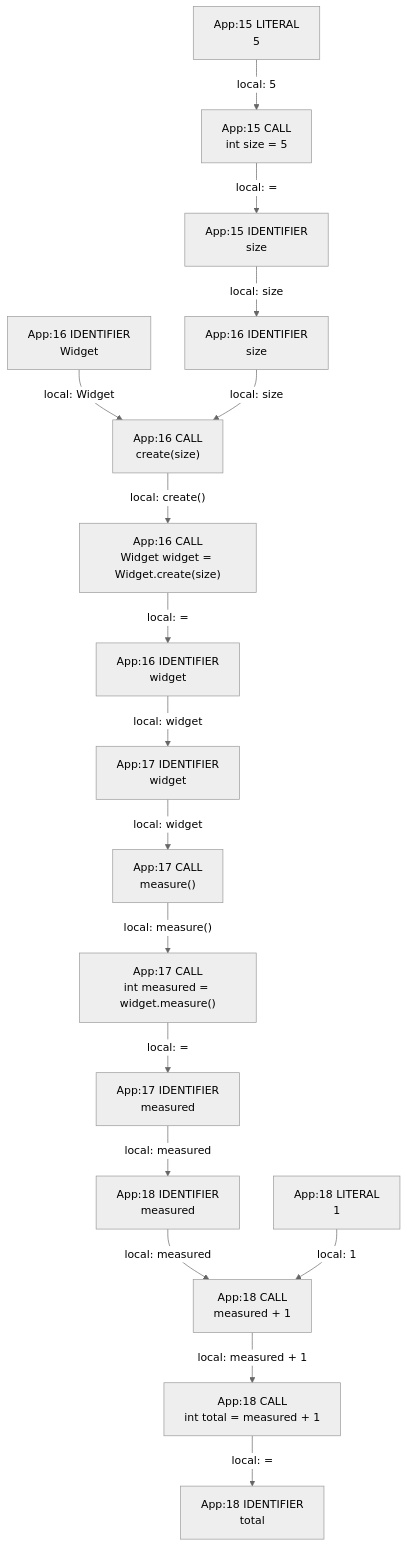
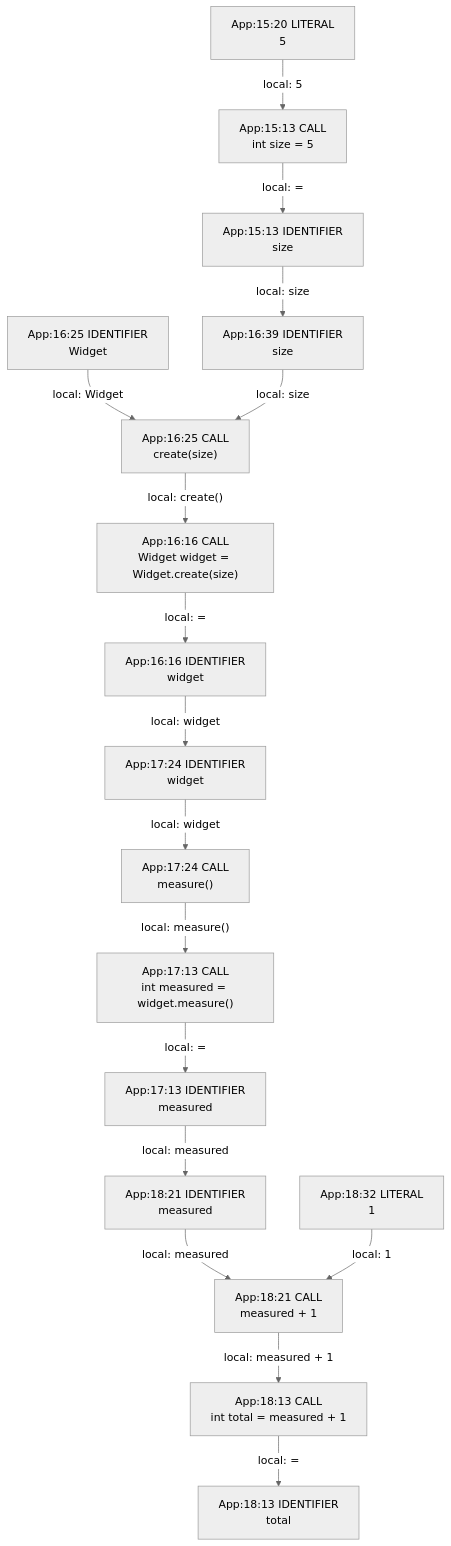
The diagram in app/src/test/resources/unresolvedType/spike-truth.md (gstiebler/codeflow), drawn with Mermaid (neutral theme) before and after one commit. The commit also changed 154 other files, not shown here.

````diff
--- a/app/src/test/resources/unresolvedType/spike-truth.md
+++ b/app/src/test/resources/unresolvedType/spike-truth.md
@@ -3,36 +3,36 @@
 ```mermaid
 flowchart TD
-  n0["App:15 CALL<br/>int size = 5"]
-  n1["App:15 IDENTIFIER<br/>size"]
-  n2["App:15 LITERAL<br/>5"]
-  n3["App:16 CALL<br/>Widget widget = Widget.create(size)"]
-  n4["App:16 CALL<br/>create(size)"]
-  n5["App:16 IDENTIFIER<br/>Widget"]
-  n6["App:16 IDENTIFIER<br/>size"]
-  n7["App:16 IDENTIFIER<br/>widget"]
-  n8["App:17 CALL<br/>int measured = widget.measure()"]
-  n9["App:17 CALL<br/>measure()"]
-  n10["App:17 IDENTIFIER<br/>measured"]
-  n11["App:17 IDENTIFIER<br/>widget"]
-  n12["App:18 CALL<br/>int total = measured + 1"]
-  n13["App:18 CALL<br/>measured + 1"]
-  n14["App:18 IDENTIFIER<br/>measured"]
-  n15["App:18 IDENTIFIER<br/>total"]
-  n16["App:18 LITERAL<br/>1"]
+  n0["App:15:13 CALL<br/>int size = 5"]
+  n1["App:15:13 IDENTIFIER<br/>size"]
+  n2["App:15:20 LITERAL<br/>5"]
+  n3["App:16:16 CALL<br/>Widget widget = Widget.create(size)"]
+  n4["App:16:16 IDENTIFIER<br/>widget"]
+  n5["App:16:25 CALL<br/>create(size)"]
+  n6["App:16:25 IDENTIFIER<br/>Widget"]
+  n7["App:16:39 IDENTIFIER<br/>size"]
+  n8["App:17:13 CALL<br/>int measured = widget.measure()"]
+  n9["App:17:13 IDENTIFIER<br/>measured"]
+  n10["App:17:24 CALL<br/>measure()"]
+  n11["App:17:24 IDENTIFIER<br/>widget"]
+  n12["App:18:13 CALL<br/>int total = measured + 1"]
+  n13["App:18:13 IDENTIFIER<br/>total"]
+  n14["App:18:21 CALL<br/>measured + 1"]
+  n15["App:18:21 IDENTIFIER<br/>measured"]
+  n16["App:18:32 LITERAL<br/>1"]
   n0 -->|"local: ="| n1
-  n1 -->|"local: size"| n6
-  n10 -->|"local: measured"| n14
-  n11 -->|"local: widget"| n9
-  n12 -->|"local: ="| n15
-  n13 -->|"local: measured + 1"| n12
-  n14 -->|"local: measured"| n13
-  n16 -->|"local: 1"| n13
+  n1 -->|"local: size"| n7
+  n10 -->|"local: measure()"| n8
+  n11 -->|"local: widget"| n10
+  n12 -->|"local: ="| n13
+  n14 -->|"local: measured + 1"| n12
+  n15 -->|"local: measured"| n14
+  n16 -->|"local: 1"| n14
   n2 -->|"local: 5"| n0
-  n3 -->|"local: ="| n7
-  n4 -->|"local: create()"| n3
-  n5 -->|"local: Widget"| n4
-  n6 -->|"local: size"| n4
-  n7 -->|"local: widget"| n11
-  n8 -->|"local: ="| n10
-  n9 -->|"local: measure()"| n8
+  n3 -->|"local: ="| n4
+  n4 -->|"local: widget"| n11
+  n5 -->|"local: create()"| n3
+  n6 -->|"local: Widget"| n5
+  n7 -->|"local: size"| n5
+  n8 -->|"local: ="| n9
+  n9 -->|"local: measured"| n15
 ```
````
